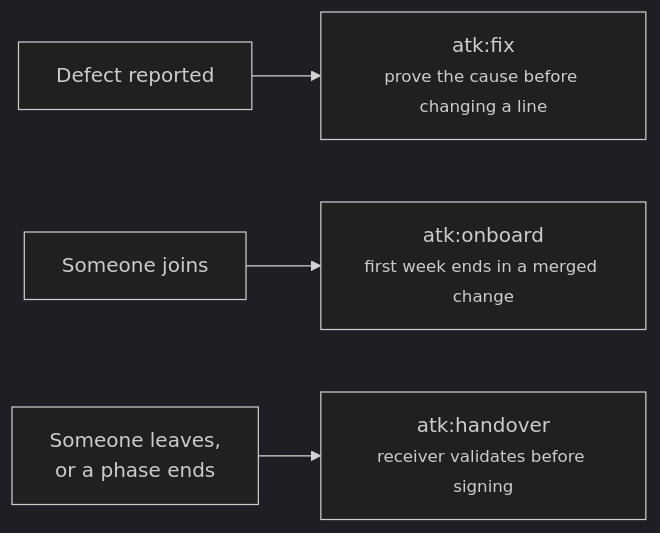
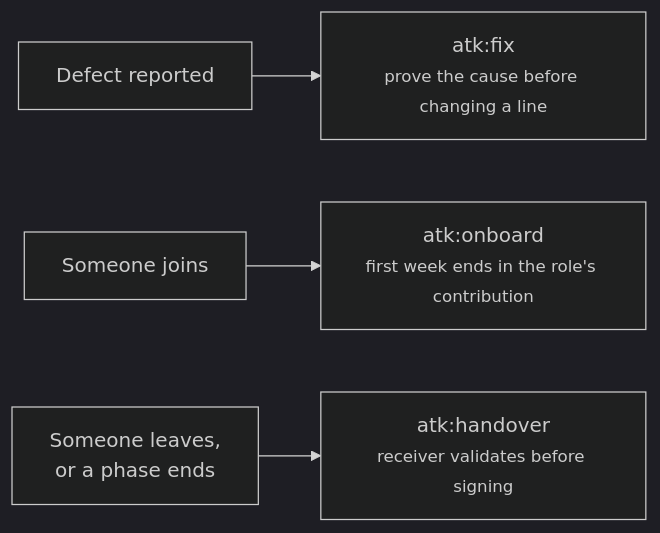
The third of 3 diagrams in docs/flow/project-flow.md (lamngockhuong/aiteamkit), drawn with Mermaid (dark theme) before and after one commit. The commit also changed 24 other files, not shown here.

First line of the commit message:
fix: close three findings a skill run reported against atk:onboard (#37)

````diff
--- a/docs/flow/project-flow.md
+++ b/docs/flow/project-flow.md
@@ -139,6 +139,6 @@
 ```mermaid
 flowchart LR
     X1["Defect reported"] --> X2["atk:fix<br/><small>prove the cause before changing a line</small>"]
-    X3["Someone joins"] --> X4["atk:onboard<br/><small>first week ends in a merged change</small>"]
+    X3["Someone joins"] --> X4["atk:onboard<br/><small>first week ends in the role's contribution</small>"]
     X5["Someone leaves,<br/>or a phase ends"] --> X6["atk:handover<br/><small>receiver validates before signing</small>"]
 ```
````
